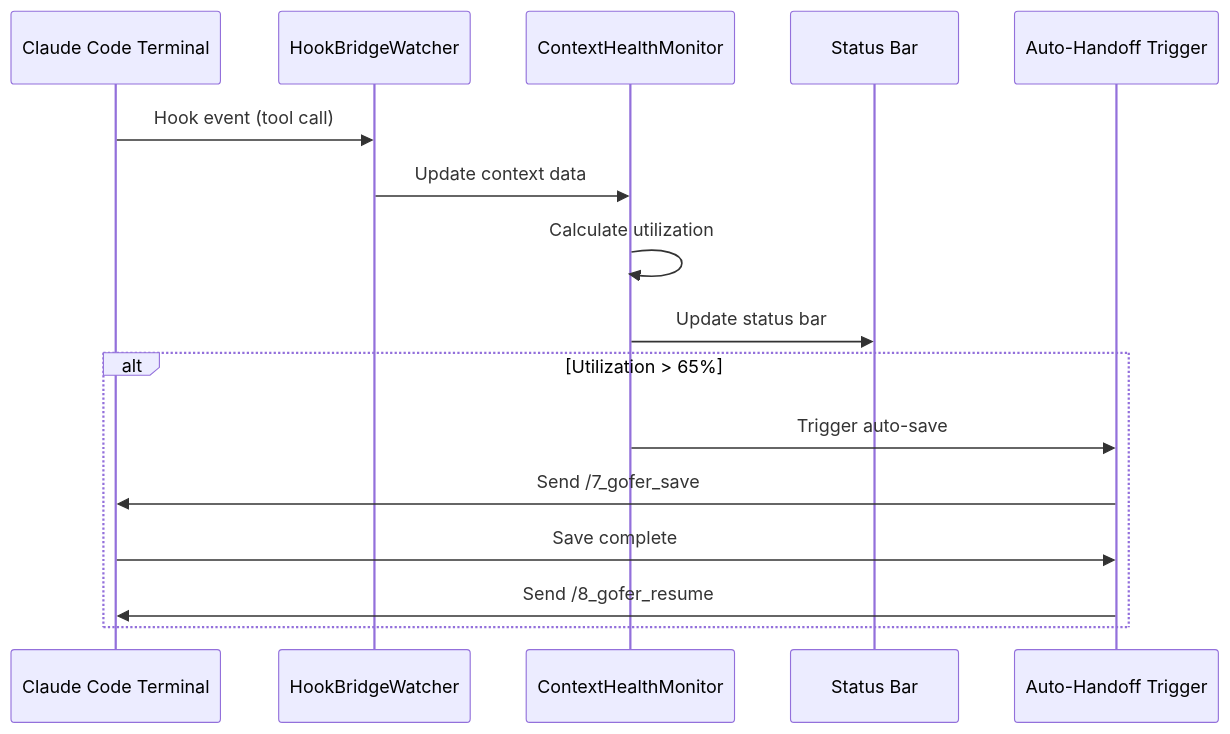
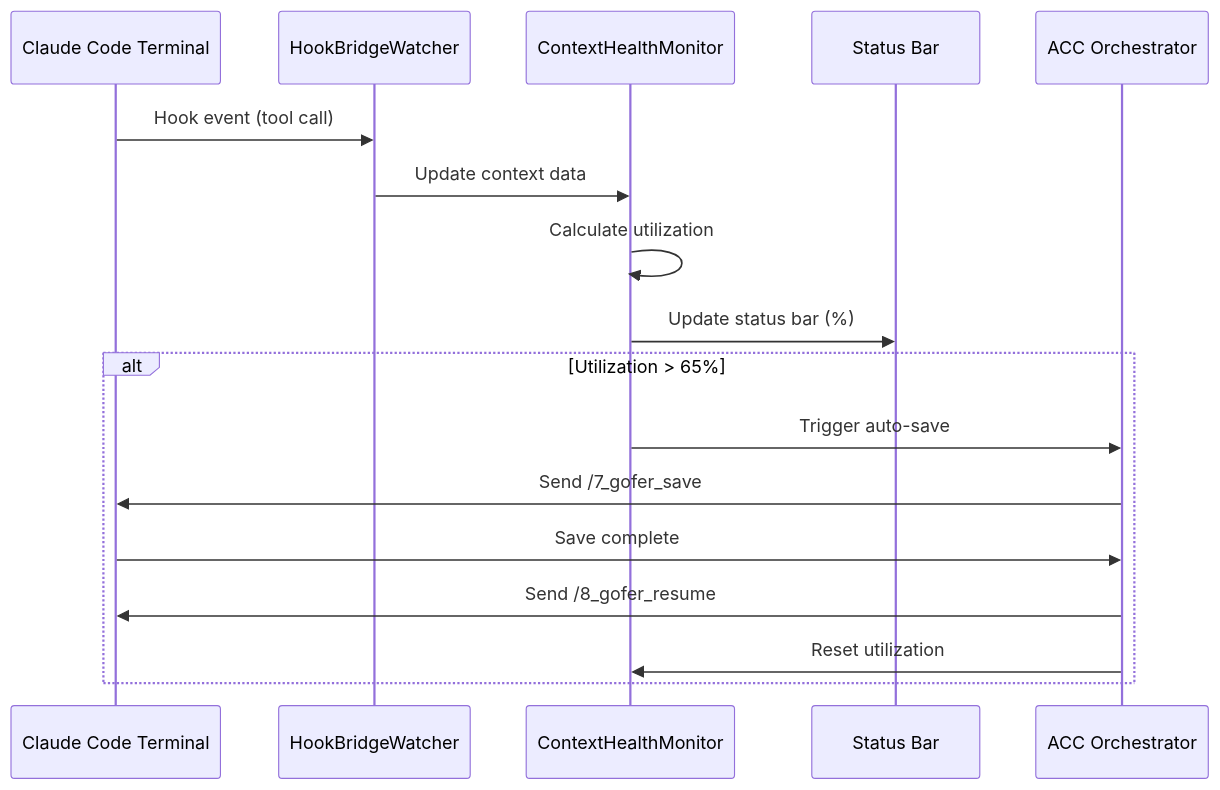
One commit to eai-tools/eai-gofer changed the sixth of 7 diagrams in .tech-docs/architecture.md. Above: the diagram before and after it, drawn with Mermaid. The commit also changed other lines of this file and 9 other files, not shown here.

````diff
--- a/.tech-docs/architecture.md
+++ b/.tech-docs/architecture.md
@@ -207,20 +302,21 @@
 ```mermaid
 sequenceDiagram
     participant TERM as Claude Code Terminal
     participant HOOK as HookBridgeWatcher
     participant MONITOR as ContextHealthMonitor
     participant STATUS as Status Bar
-    participant AUTO as Auto-Handoff Trigger
+    participant AUTO as ACC Orchestrator
 
     TERM->>HOOK: Hook event (tool call)
     HOOK->>MONITOR: Update context data
     MONITOR->>MONITOR: Calculate utilization
-    MONITOR->>STATUS: Update status bar
+    MONITOR->>STATUS: Update status bar (%)
 
     alt Utilization > 65%
         MONITOR->>AUTO: Trigger auto-save
         AUTO->>TERM: Send /7_gofer_save
         TERM->>AUTO: Save complete
         AUTO->>TERM: Send /8_gofer_resume
+        AUTO->>MONITOR: Reset utilization
     end
 ```
````
